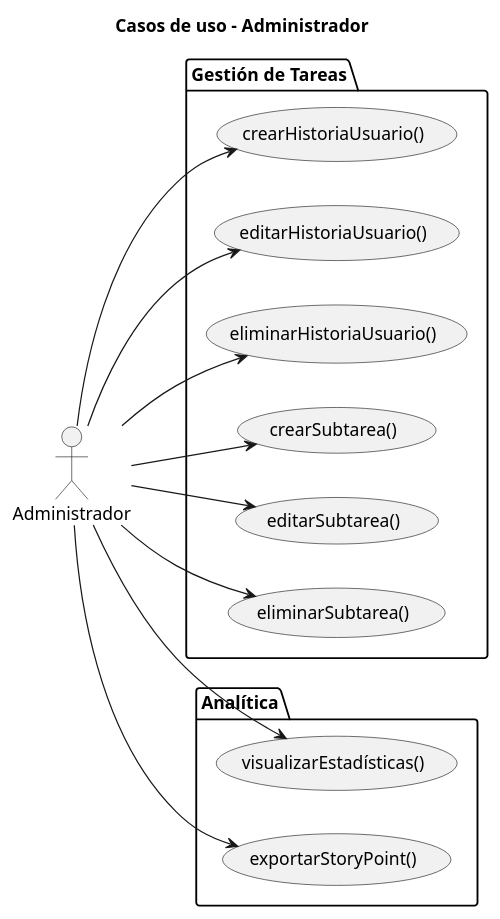
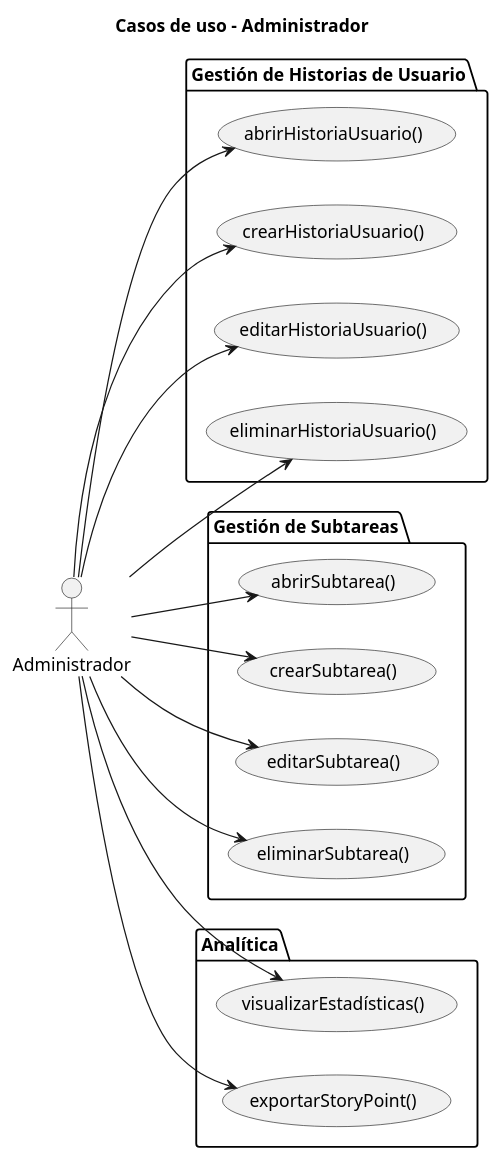
Before and after one commit to mmasias/25-26-IDSW1: the diagram in entregas/palmaCamila/CasoDeUso/CRUD_Administrador/CasoDeUso.puml, drawn with PlantUML. The commit also changed 1 other file, not shown here.

Commit message:
Refactor use case diagram for Administrator role to improve clarity and organization

```diff
--- a/entregas/palmaCamila/CasoDeUso/CRUD_Administrador/CasoDeUso.puml
+++ b/entregas/palmaCamila/CasoDeUso/CRUD_Administrador/CasoDeUso.puml
@@ -1,37 +1,39 @@
 @startuml
 title Casos de uso – Administrador
 
 left to right direction
 
 actor "Administrador" as Admin
 
+  package "Gestión de Historias de Usuario" {
+    usecase UC1 as "abrirHistoriaUsuario()"
+    usecase UC2 as "crearHistoriaUsuario()"
+    usecase UC3 as "editarHistoriaUsuario()"
+    usecase UC4 as "eliminarHistoriaUsuario()"
+  }
 
-
-  package "Gestión de Tareas" {
-    usecase "crearHistoriaUsuario()"
-    usecase "editarHistoriaUsuario()"
-    usecase "eliminarHistoriaUsuario()"
-
-    usecase "crearSubtarea()"
-    usecase "editarSubtarea()"
-    usecase "eliminarSubtarea()"
+  package "Gestión de Subtareas" {
+    usecase UC5 as "abrirSubtarea()"
+    usecase UC6 as "crearSubtarea()"
+    usecase UC7 as "editarSubtarea()"
+    usecase UC8 as "eliminarSubtarea()"
   }
 
   package "Analítica" {
-    usecase "visualizarEstadísticas()"
-    usecase "exportarStoryPoint()"
+    usecase UC9 as "visualizarEstadísticas()"
+    usecase UC10 as "exportarStoryPoint()"
   }
 
+Admin --> UC1
+Admin --> UC2
+Admin --> UC3
+Admin --> UC4
+Admin --> UC5
+Admin --> UC6
+Admin --> UC7
+Admin --> UC8
+Admin --> UC9
+Admin --> UC10
 
-Admin --> "crearHistoriaUsuario()"
-Admin --> "editarHistoriaUsuario()"
-Admin --> "eliminarHistoriaUsuario()"
-
-Admin --> "crearSubtarea()"
-Admin --> "editarSubtarea()"
-Admin --> "eliminarSubtarea()"
-
-Admin --> "visualizarEstadísticas()"
-Admin --> "exportarStoryPoint()"
 
 @enduml
```
